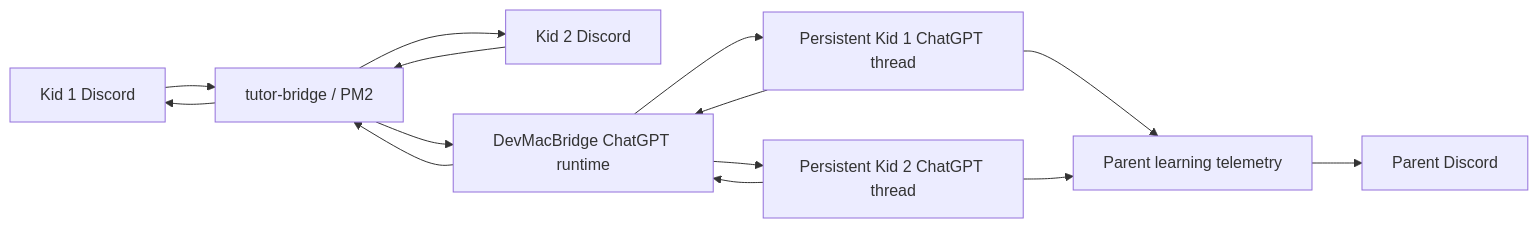
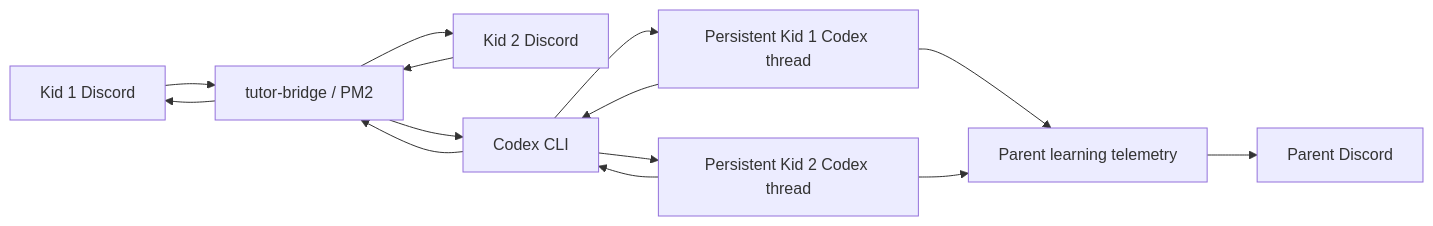
Before and after one commit to lalalic/neo: the diagram in family-tutor/docs/architecture.md, drawn with Mermaid. The commit also changed 15 other files, not shown here.

Commit message:
refactor family tutor onto Codex CLI

````diff
--- a/family-tutor/docs/architecture.md
+++ b/family-tutor/docs/architecture.md
@@ -3,16 +3,16 @@
 ```mermaid
 flowchart LR
   K1[Kid 1 Discord] --> B[tutor-bridge / PM2]
   K2[Kid 2 Discord] --> B
-  B --> MDB[DevMacBridge ChatGPT runtime]
-  MDB --> T1[Persistent Kid 1 ChatGPT thread]
-  MDB --> T2[Persistent Kid 2 ChatGPT thread]
-  T1 --> MDB
-  T2 --> MDB
-  MDB --> B
+  B --> C[Codex CLI]
+  C --> T1[Persistent Kid 1 Codex thread]
+  C --> T2[Persistent Kid 2 Codex thread]
+  T1 --> C
+  T2 --> C
+  C --> B
   B --> K1
   B --> K2
   T1 --> P[Parent learning telemetry]
   T2 --> P
   P --> PD[Parent Discord]
 ```
````
